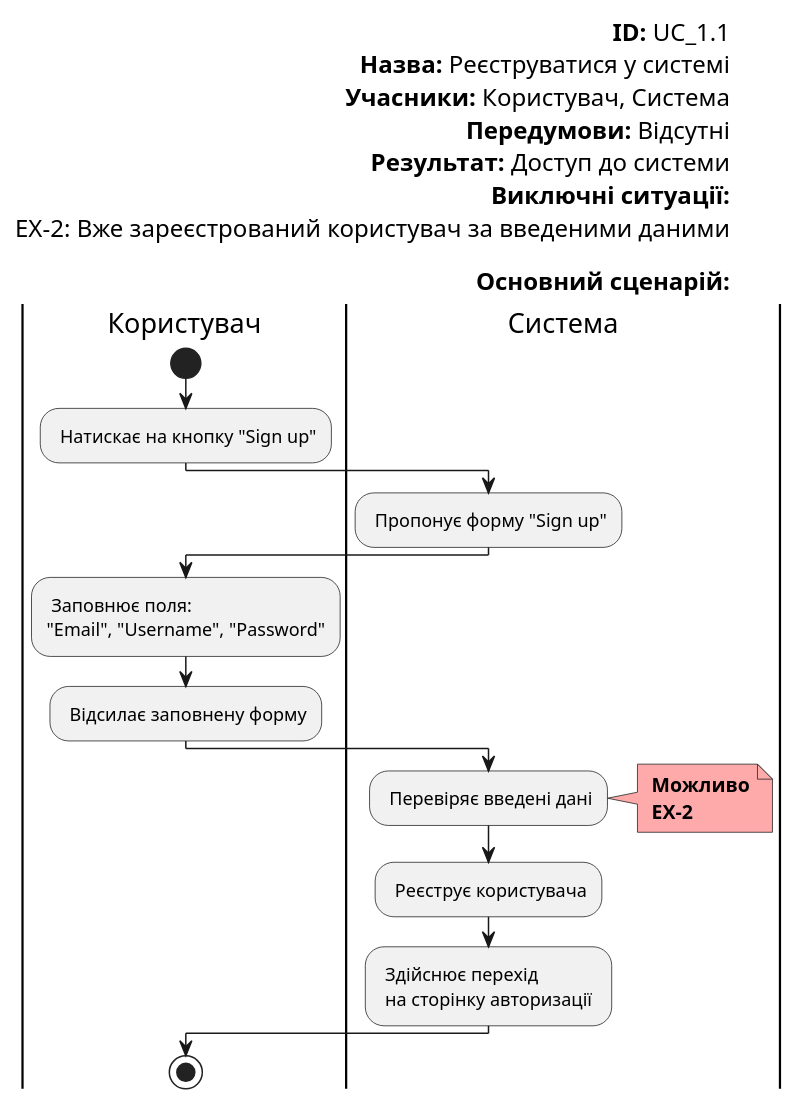
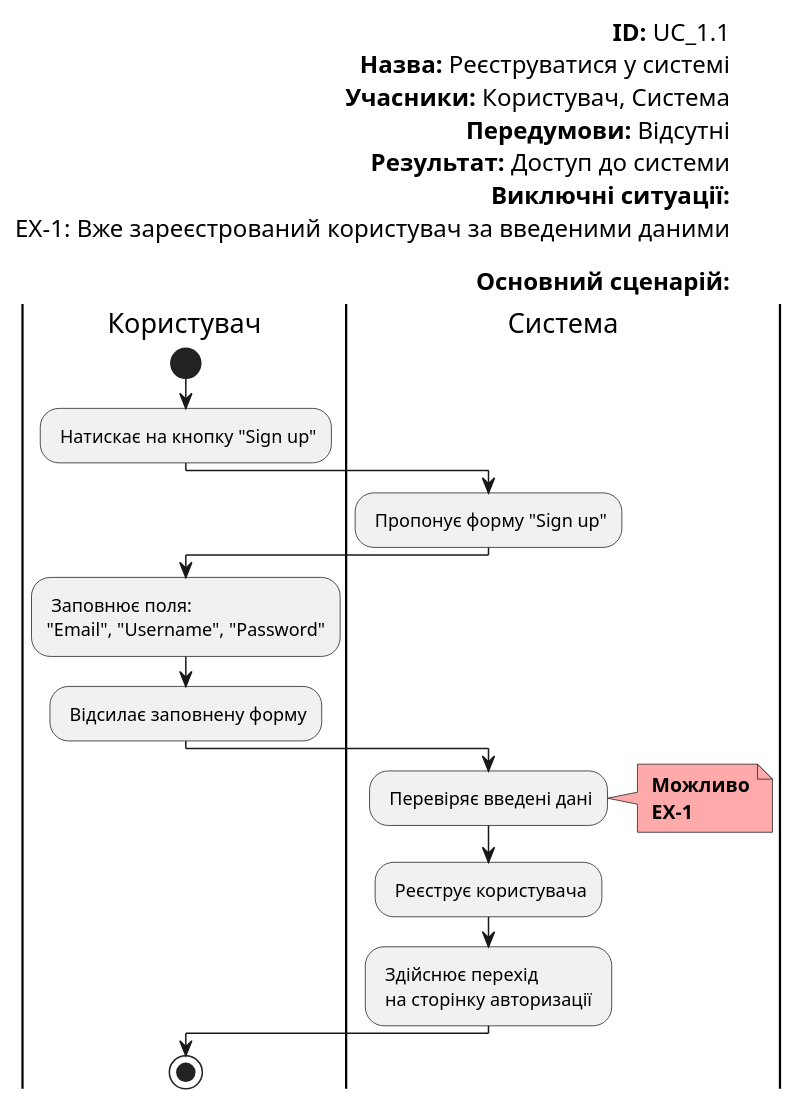
One commit to boldak/edu-db-cw changed the second of 6 diagrams in docs/use cases/README.md. Above: the diagram before and after it, drawn with PlantUML. The commit also changed other lines of this file, not shown here.

```diff
--- a/docs/use cases/README.md
+++ b/docs/use cases/README.md
@@ -73,33 +73,33 @@
 @startuml
 
     left header
     <font color=000 size=16><b>ID:</b> UC_1.1
     <font color=000 size=16><b>Назва:</b> Реєструватися у системі
     <font color=000 size=16><b>Учасники:</b> Користувач, Система
     <font color=000 size=16><b>Передумови:</b> Відсутні
     <font color=000 size=16><b>Результат:</b> Доступ до системи
     <font color=000 size=16><b>Виключні ситуації:</b>
-    <font color=000 size=16>EX-2: Вже зареєстрований користувач за введеними даними
+    <font color=000 size=16>EX-1: Вже зареєстрований користувач за введеними даними
     
     <font color=000 size=16><b>Основний сценарій:</b>
 end header
 
     |Користувач|
         start
         : Натискає на кнопку "Sign up";
     |Система|
         : Пропонує форму "Sign up";
     |Користувач|
         : Заповнює поля:\n"Email", "Username", "Password";
         : Відсилає заповнену форму;
     |Система|
         : Перевіряє введені дані;
         note right #ffaaaa
         <b> Можливо
-        <b> EX-2
+        <b> EX-1
         end note
         : Реєструє користувача;
         : Здійснює перехід\n на сторінку авторизації ;
     |Користувач|
         stop;
 @enduml
```
